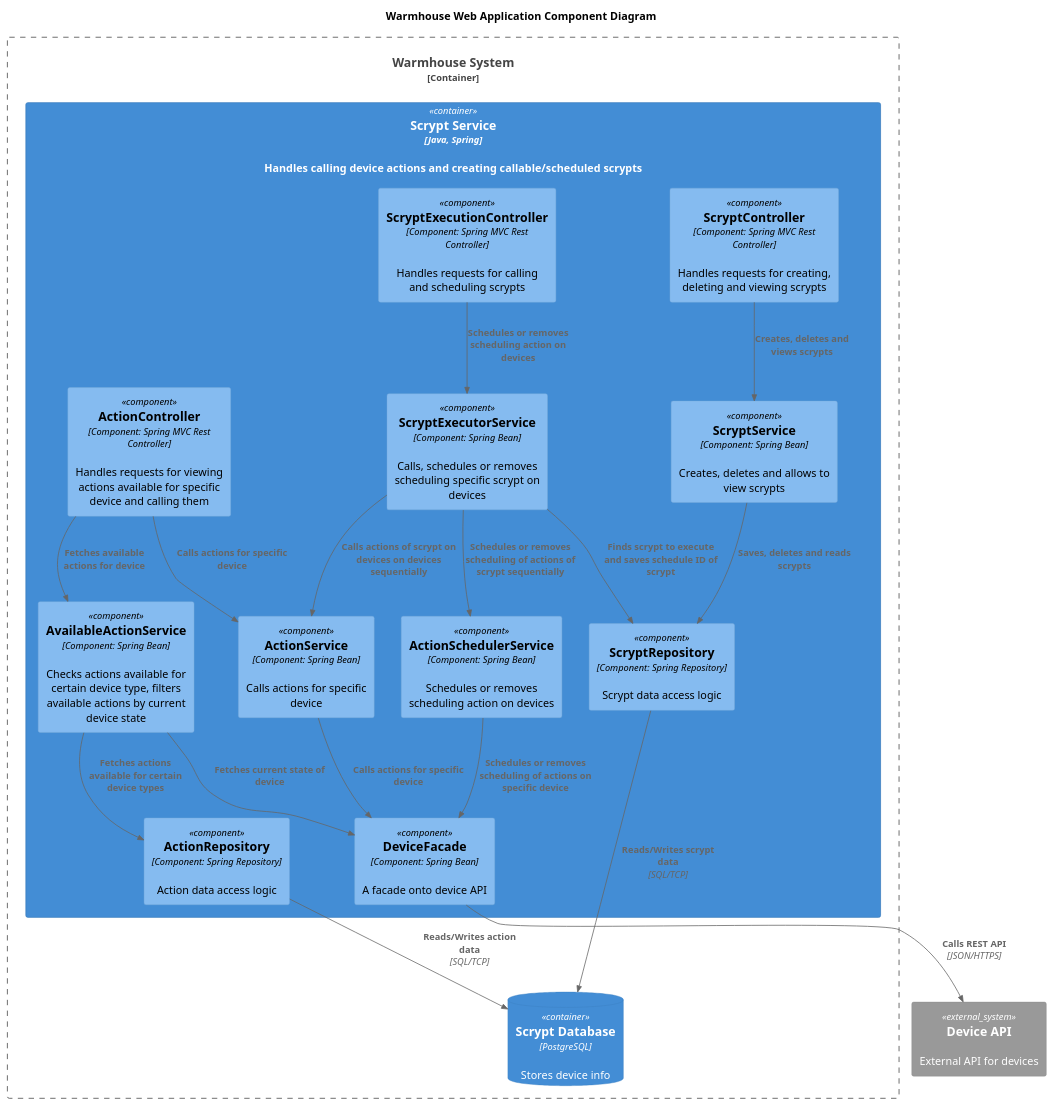
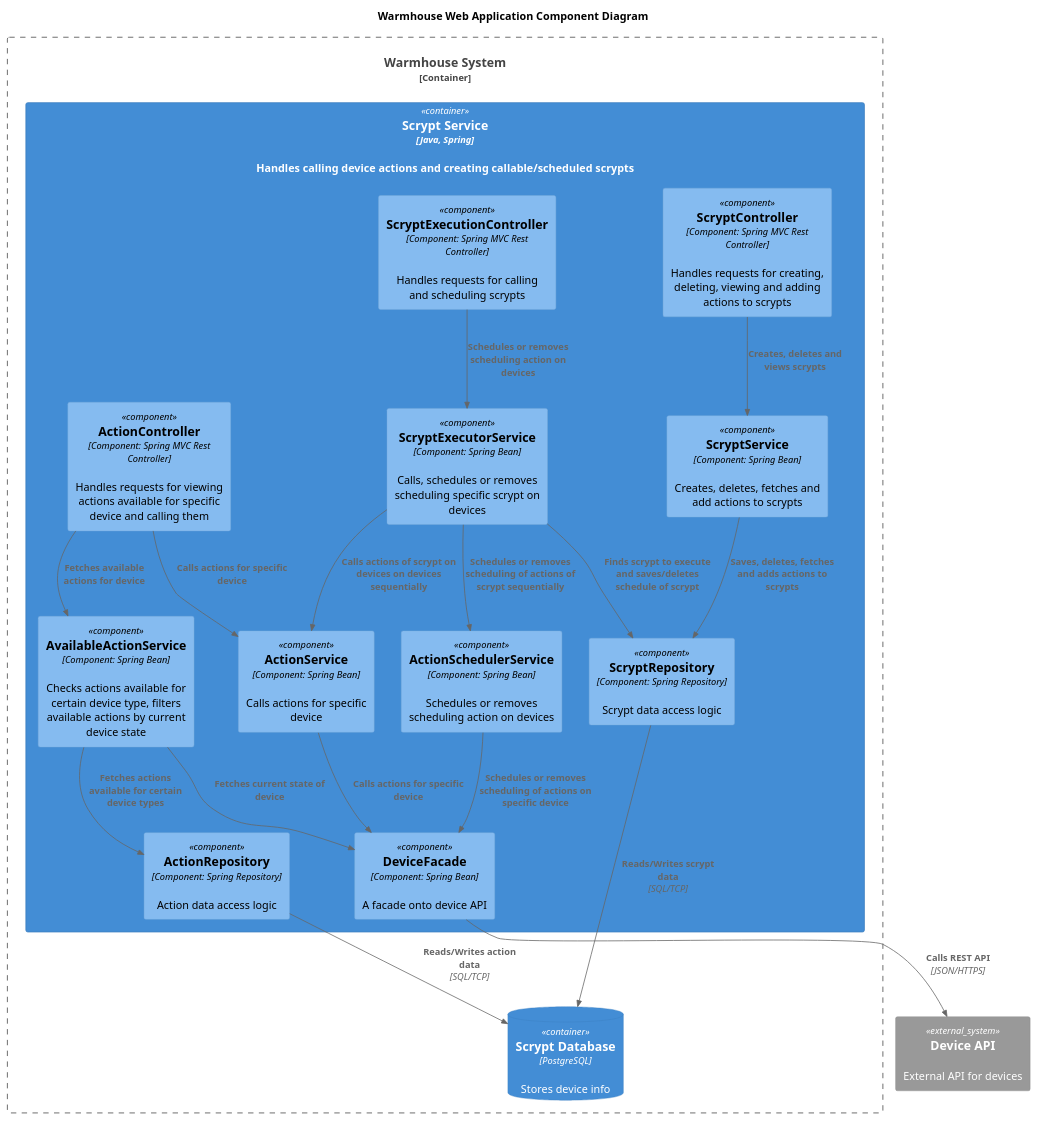
One commit to frobbery/architecture-warmhouse changed the diagram in diagrams/component/scrypt-service-component.puml. Above: the diagram before and after it, drawn with PlantUML. The commit also changed 15 other files, not shown here.

```diff
--- a/diagrams/component/scrypt-service-component.puml
+++ b/diagrams/component/scrypt-service-component.puml
@@ -1,45 +1,45 @@
 @startuml
 title Warmhouse Web Application Component Diagram
 
 top to bottom direction
 
 !include ../templates/C4_Component.puml
 
 Container_Boundary(WarmhouseSystem, "Warmhouse System") {
   Container(ScryptService, "Scrypt Service", "Java, Spring", "Handles calling device actions and creating callable/scheduled scrypts")
   ContainerDb(ScryptDatabase, "Scrypt Database", "PostgreSQL", "Stores device info")
 }
 
 Container(ScryptService, "Scrypt Service", "Java, Spring") {
   Component(ActionController, "ActionController", "Component: Spring MVC Rest Controller", "Handles requests for viewing actions available for specific device and calling them")
-  Component(ScryptController, "ScryptController", "Component: Spring MVC Rest Controller", "Handles requests for creating, deleting and viewing scrypts")
+  Component(ScryptController, "ScryptController", "Component: Spring MVC Rest Controller", "Handles requests for creating, deleting, viewing and adding actions to scrypts")
   Component(ScryptExecutionController, "ScryptExecutionController", "Component: Spring MVC Rest Controller", "Handles requests for calling and scheduling scrypts")
   Component(AvailableActionService, "AvailableActionService", "Component: Spring Bean", "Checks actions available for certain device type, filters available actions by current device state")
   Component(ActionService, "ActionService", "Component: Spring Bean", "Calls actions for specific device")
-  Component(ScryptServiceLayer, "ScryptService", "Component: Spring Bean", "Creates, deletes and allows to view scrypts")
+  Component(ScryptServiceLayer, "ScryptService", "Component: Spring Bean", "Creates, deletes, fetches and add actions to scrypts")
   Component(ScryptExecutorService, "ScryptExecutorService", "Component: Spring Bean", "Calls, schedules or removes scheduling specific scrypt on devices")
   Component(ActionSchedulerService, "ActionSchedulerService", "Component: Spring Bean", "Schedules or removes scheduling action on devices")
   Component(DeviceFacade, "DeviceFacade", "Component: Spring Bean", "A facade onto device API")
   Component(ActionRepository, "ActionRepository", "Component: Spring Repository", "Action data access logic")
   Component(ScryptRepository, "ScryptRepository", "Component: Spring Repository", "Scrypt data access logic")
 }
 
 System_Ext(deviceApi, "Device API", "External API for devices")
 
 Rel(ActionController,AvailableActionService,"Fetches available actions for device")
 Rel(AvailableActionService,DeviceFacade,"Fetches current state of device")
 Rel(AvailableActionService,ActionRepository,"Fetches actions available for certain device types")
 Rel(ActionRepository, ScryptDatabase, "Reads/Writes action data", "SQL/TCP")
 Rel(ActionController,ActionService,"Calls actions for specific device")
 Rel(ActionService,DeviceFacade,"Calls actions for specific device")
 Rel(DeviceFacade,deviceApi,"Calls REST API", "JSON/HTTPS")
 Rel(ScryptController,ScryptServiceLayer,"Creates, deletes and views scrypts")
-Rel(ScryptServiceLayer,ScryptRepository,"Saves, deletes and reads scrypts")
+Rel(ScryptServiceLayer,ScryptRepository,"Saves, deletes, fetches and adds actions to scrypts")
 Rel(ScryptRepository, ScryptDatabase, "Reads/Writes scrypt data", "SQL/TCP")
 Rel(ScryptExecutionController,ScryptExecutorService,"Schedules or removes scheduling action on devices")
 Rel(ScryptExecutorService,ActionService,"Calls actions of scrypt on devices on devices sequentially")
-Rel(ScryptExecutorService,ScryptRepository,"Finds scrypt to execute and saves schedule ID of scrypt")
+Rel(ScryptExecutorService,ScryptRepository,"Finds scrypt to execute and saves/deletes schedule of scrypt")
 Rel(ScryptExecutorService,ActionSchedulerService,"Schedules or removes scheduling of actions of scrypt sequentially")
 Rel(ActionSchedulerService,DeviceFacade,"Schedules or removes scheduling of actions on specific device")
 
 @enduml
```
